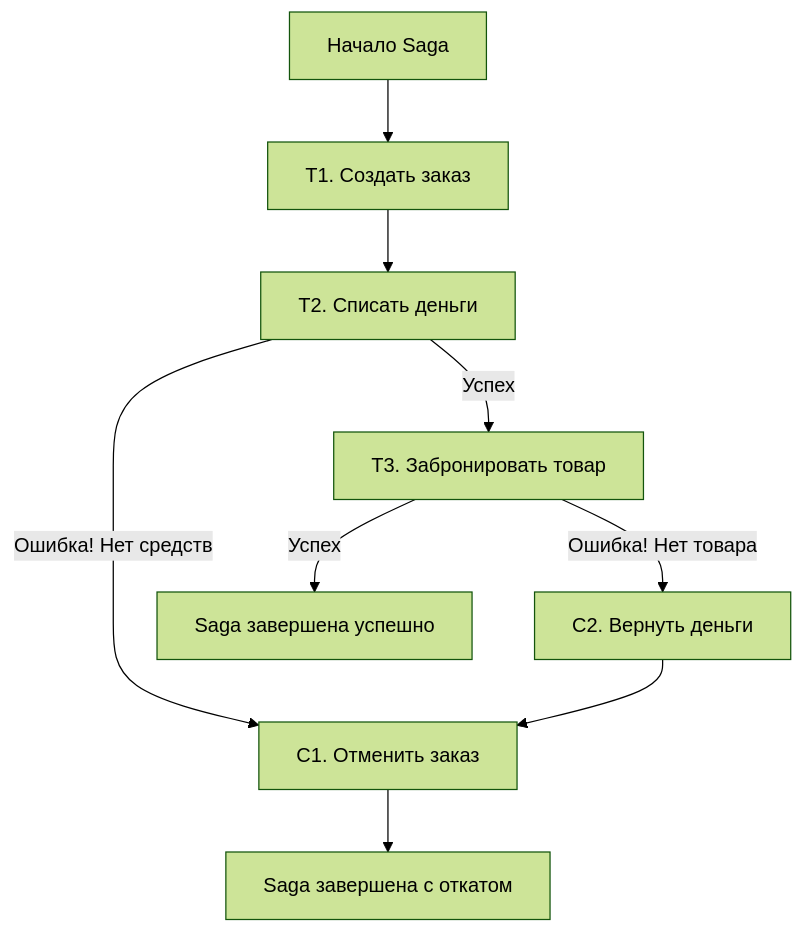
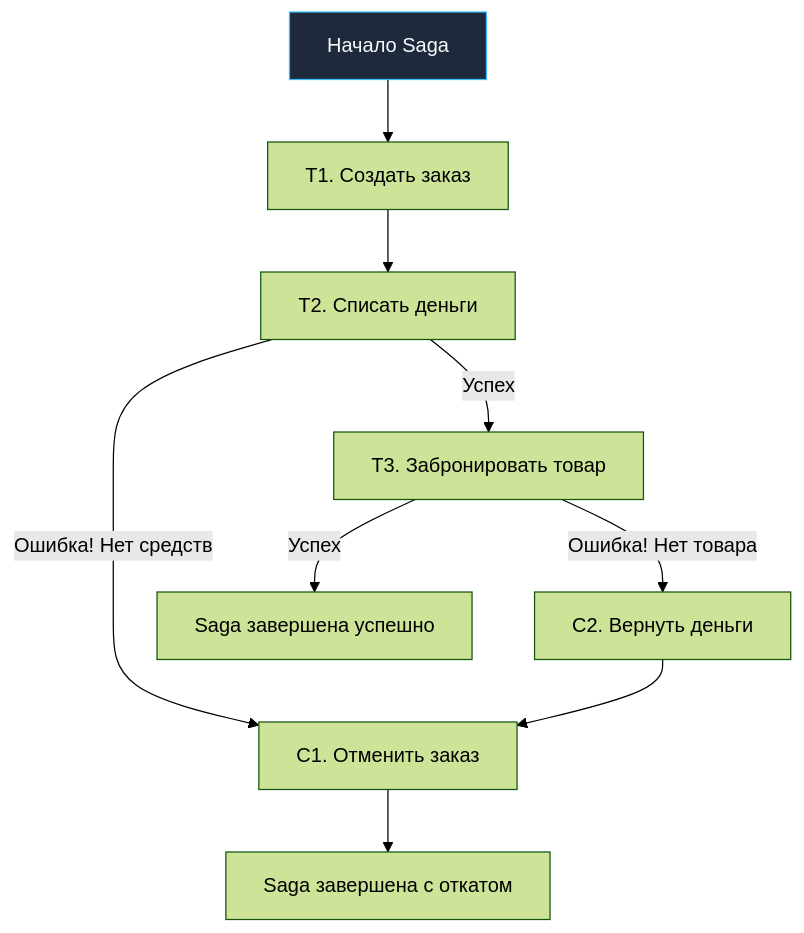
The first of 2 diagrams in sources/14. Распределенные системы на Go/09. Паттерны/1. Saga pattern.md (UnrealTemplier/go-textbook), drawn with Mermaid (forest theme) before and after one commit. The commit also changed other lines of this file and 1666 other files, not shown here.

First line of the commit message:
feat(mermaid): add semantic color classDef to 1369 colorless flowchart/graph diagrams

````diff
--- a/sources/14. Распределенные системы на Go/09. Паттерны/1. Saga pattern.md
+++ b/sources/14. Распределенные системы на Go/09. Паттерны/1. Saga pattern.md
@@ -51,13 +51,23 @@
 ```mermaid
 flowchart TD
-    Start["Начало Saga"] --> Step1["T1. Создать заказ"]
+    classDef process  fill:#1e293b,stroke:#38bdf8,stroke-width:1px,color:#f8fafc
+    classDef success  fill:#064e3b,stroke:#34d399,stroke-width:1px,color:#f8fafc
+    classDef error    fill:#7f1d1d,stroke:#f87171,stroke-width:1px,color:#f8fafc
+    classDef warning  fill:#78350f,stroke:#fbbf24,stroke-width:1px,color:#f8fafc
+    classDef entry    fill:#1e3a5f,stroke:#38bdf8,stroke-width:2px,color:#f8fafc
+    classDef aux      fill:#334155,stroke:#64748b,stroke-width:1px,color:#f8fafc
+    classDef system   fill:#312e81,stroke:#a78bfa,stroke-width:1px,color:#f8fafc
+    classDef data     fill:#132d29,stroke:#2dd4bf,stroke-width:1px,color:#f8fafc
+    classDef network  fill:#881337,stroke:#fb7185,stroke-width:1px,color:#f8fafc
+    classDef accent   fill:#1e1b4b,stroke:#818cf8,stroke-width:1px,color:#f8fafc
+    Start["Начало Saga"]:::process --> Step1["T1. Создать заказ"]
     Step1 --> Step2["T2. Списать деньги"]
     Step2 -- "Успех" --> Step3["T3. Забронировать товар"]
     
     Step3 -- "Ошибка! Нет товара" --> Comp2["C2. Вернуть деньги"]
     Step2 -- "Ошибка! Нет средств" --> Comp1["C1. Отменить заказ"]
     
     Step3 -- "Успех" --> End["Saga завершена успешно"]
     Comp2 --> Comp1
     Comp1 --> Fail["Saga завершена с откатом"]
 ```
````
